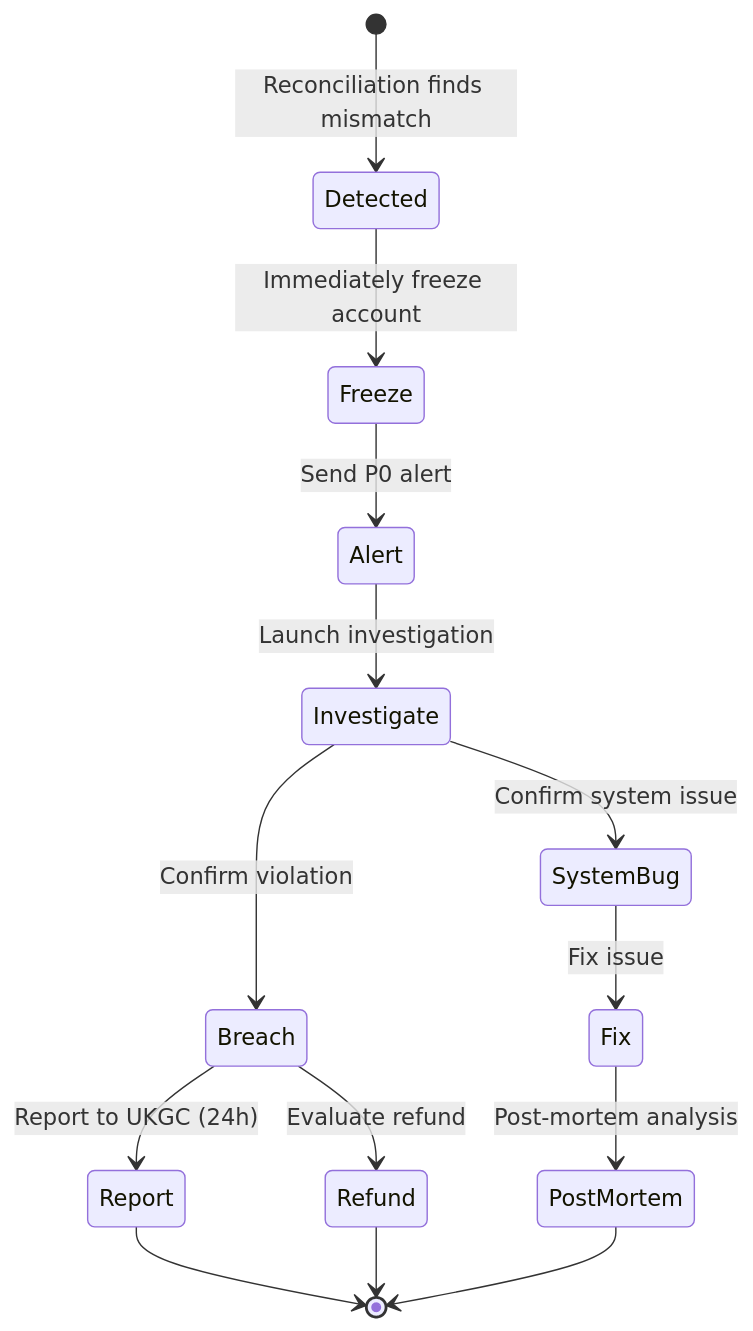
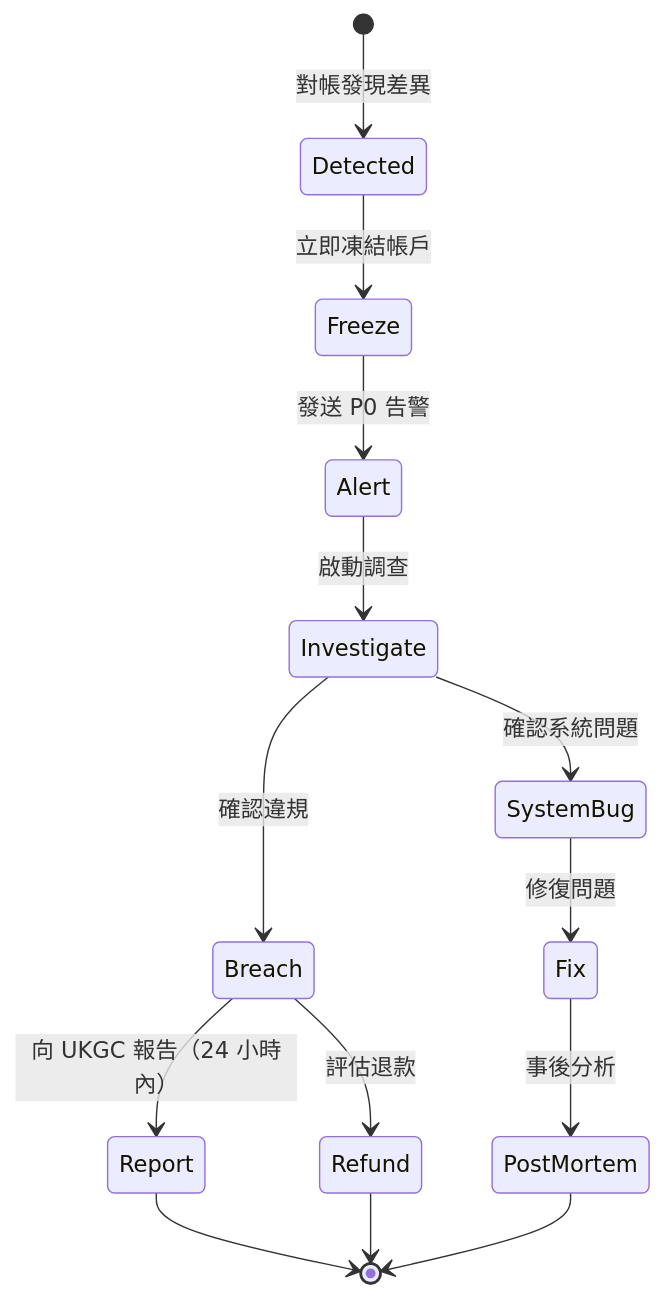
One commit to ron03wlb/smart-admin changed the third of 3 diagrams in docs/iGaming/architecture/15_Responsible_Gambling/Self_Exclusion_Architecture.md. Above: the diagram before and after it, drawn with Mermaid. The commit also changed other lines of this file and 1 other file, not shown here.

````diff
--- a/docs/iGaming/architecture/15_Responsible_Gambling/Self_Exclusion_Architecture.md
+++ b/docs/iGaming/architecture/15_Responsible_Gambling/Self_Exclusion_Architecture.md
@@ -575,21 +575,21 @@
 ```mermaid
 stateDiagram-v2
-    [*] --> Detected: Reconciliation finds mismatch
+    [*] --> Detected: 對帳發現差異
 
-    Detected --> Freeze: Immediately freeze account
-    Freeze --> Alert: Send P0 alert
-    Alert --> Investigate: Launch investigation
+    Detected --> Freeze: 立即凍結帳戶
+    Freeze --> Alert: 發送 P0 告警
+    Alert --> Investigate: 啟動調查
 
-    Investigate --> Breach: Confirm violation
-    Investigate --> SystemBug: Confirm system issue
+    Investigate --> Breach: 確認違規
+    Investigate --> SystemBug: 確認系統問題
 
-    Breach --> Report: Report to UKGC (24h)
-    Breach --> Refund: Evaluate refund
+    Breach --> Report: 向 UKGC 報告（24 小時內）
+    Breach --> Refund: 評估退款
 
-    SystemBug --> Fix: Fix issue
-    Fix --> PostMortem: Post-mortem analysis
+    SystemBug --> Fix: 修復問題
+    Fix --> PostMortem: 事後分析
 
     Report --> [*]
     Refund --> [*]
     PostMortem --> [*]
 ```
````
